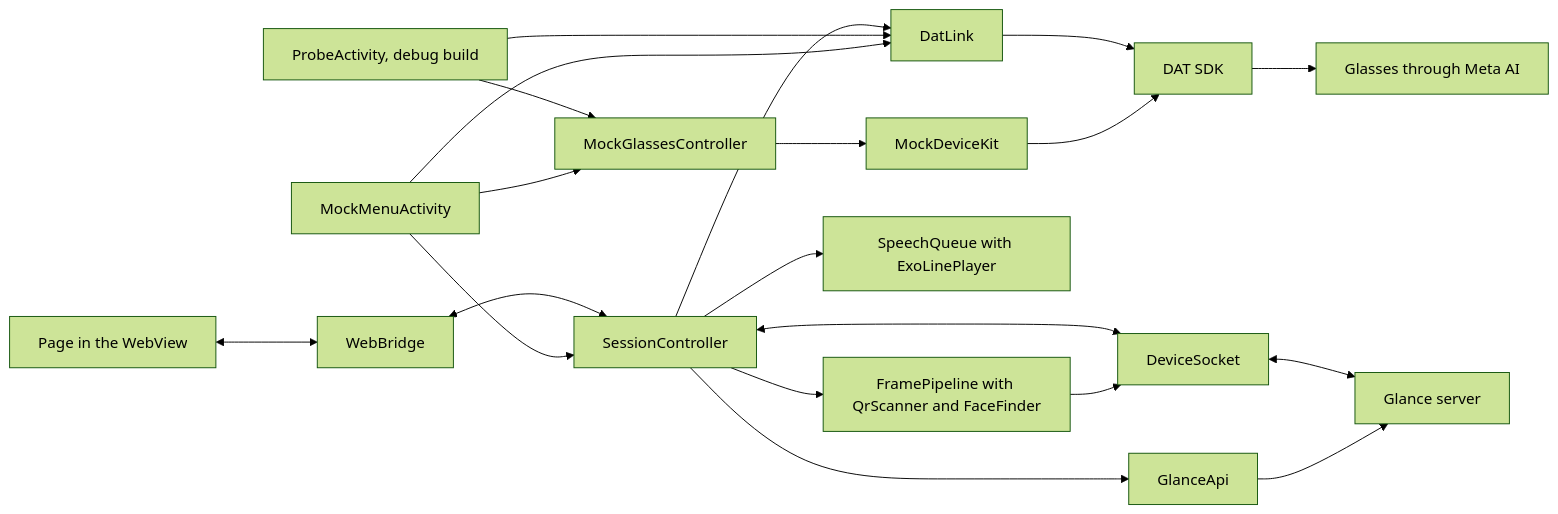
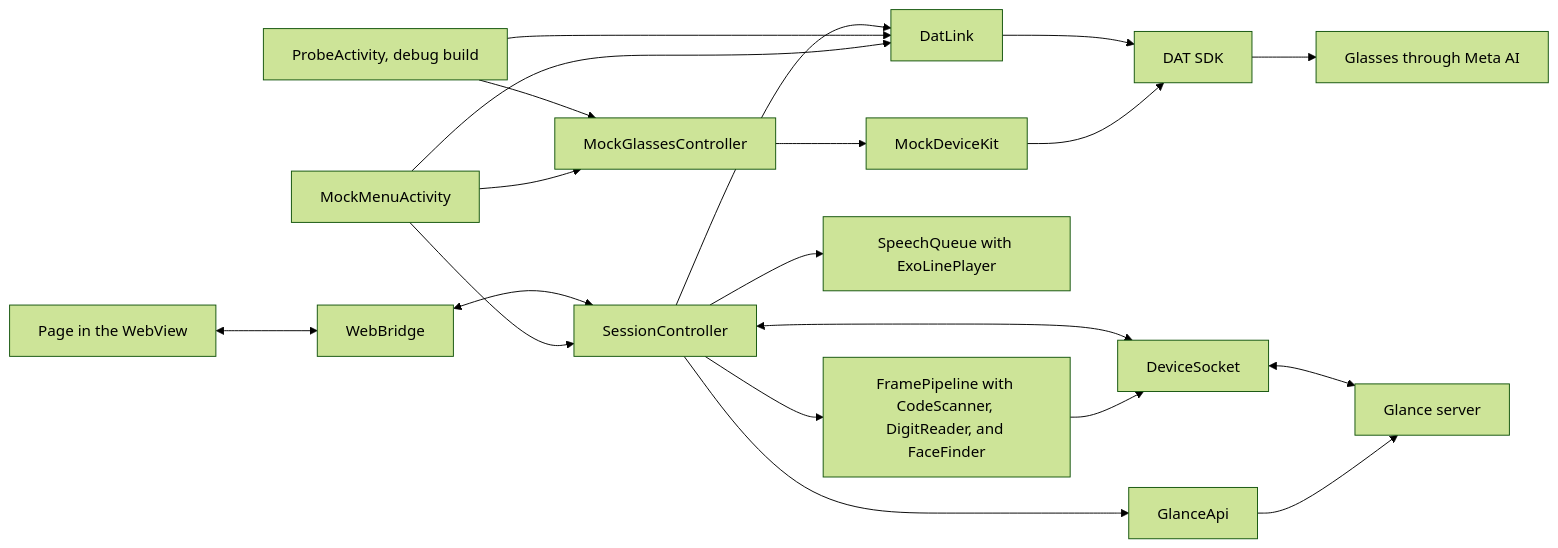
The first of 6 diagrams in apps/mobile/android/README.md (mrBymax/glance), drawn with Mermaid (forest theme) before and after one commit. The commit also changed other lines of this file and 1 other file, not shown here.

````diff
--- a/apps/mobile/android/README.md
+++ b/apps/mobile/android/README.md
@@ -20,22 +20,22 @@
 ```mermaid
 flowchart LR
     Page[Page in the WebView] <--> Bridge[WebBridge]
     Bridge <--> Session[SessionController]
     Session --> Link[DatLink]
-    Session --> Pipeline[FramePipeline with QrScanner and FaceFinder]
+    Session --> Pipeline[FramePipeline with CodeScanner, DigitReader, and FaceFinder]
     Session --> Queue[SpeechQueue with ExoLinePlayer]
     Session <--> Socket[DeviceSocket]
     Session --> Api[GlanceApi]
     Socket <--> Server[Glance server]
     Api --> Server
     Pipeline --> Socket
     Link --> Sdk[DAT SDK]
     Mock[MockGlassesController] --> Kit[MockDeviceKit]
     Kit --> Sdk
     Sdk --> Glasses[Glasses through Meta AI]
     Probe[ProbeActivity, debug build] --> Link
     Probe --> Mock
     Menu[MockMenuActivity] --> Mock
     Menu --> Link
     Menu --> Session
 ```
````
